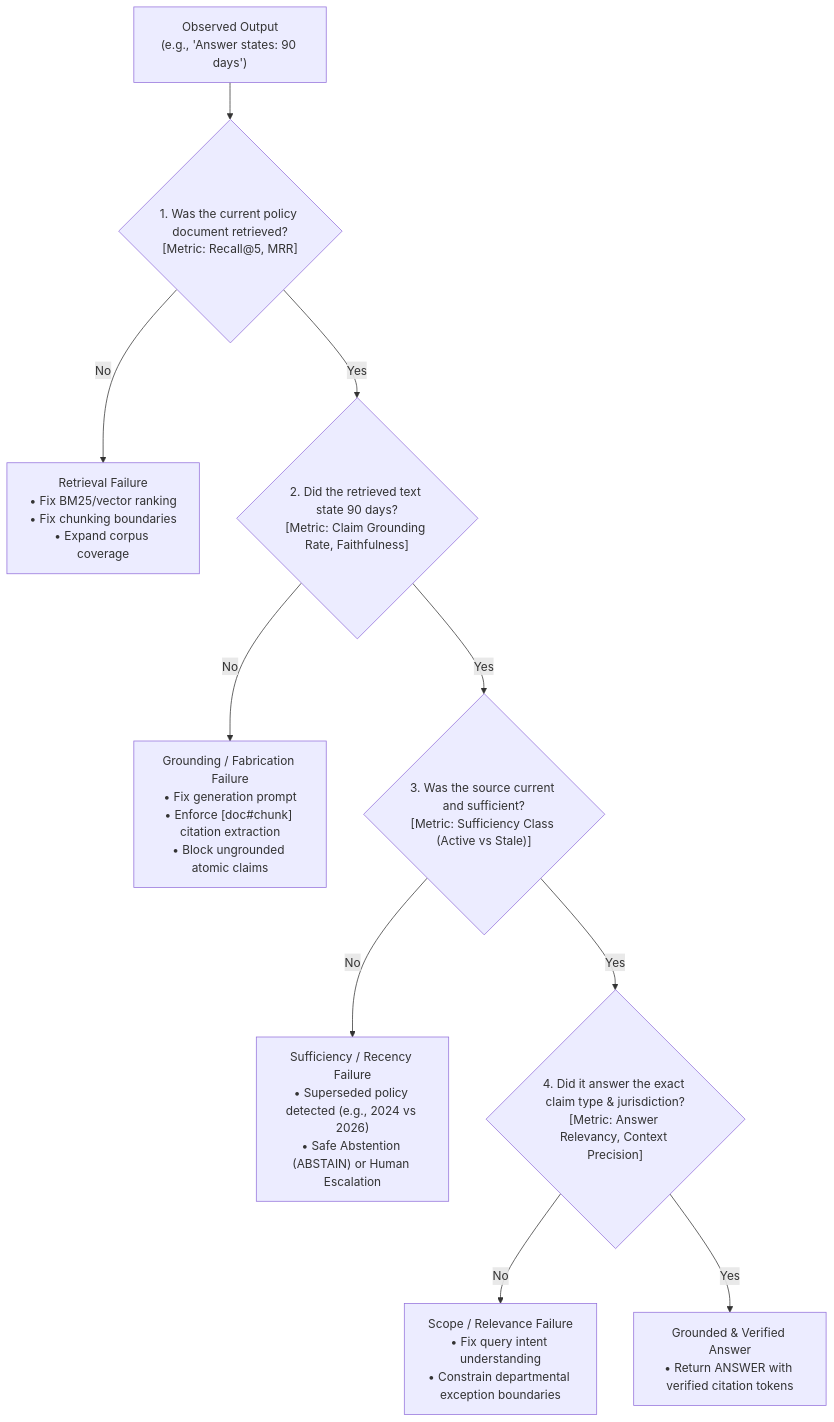
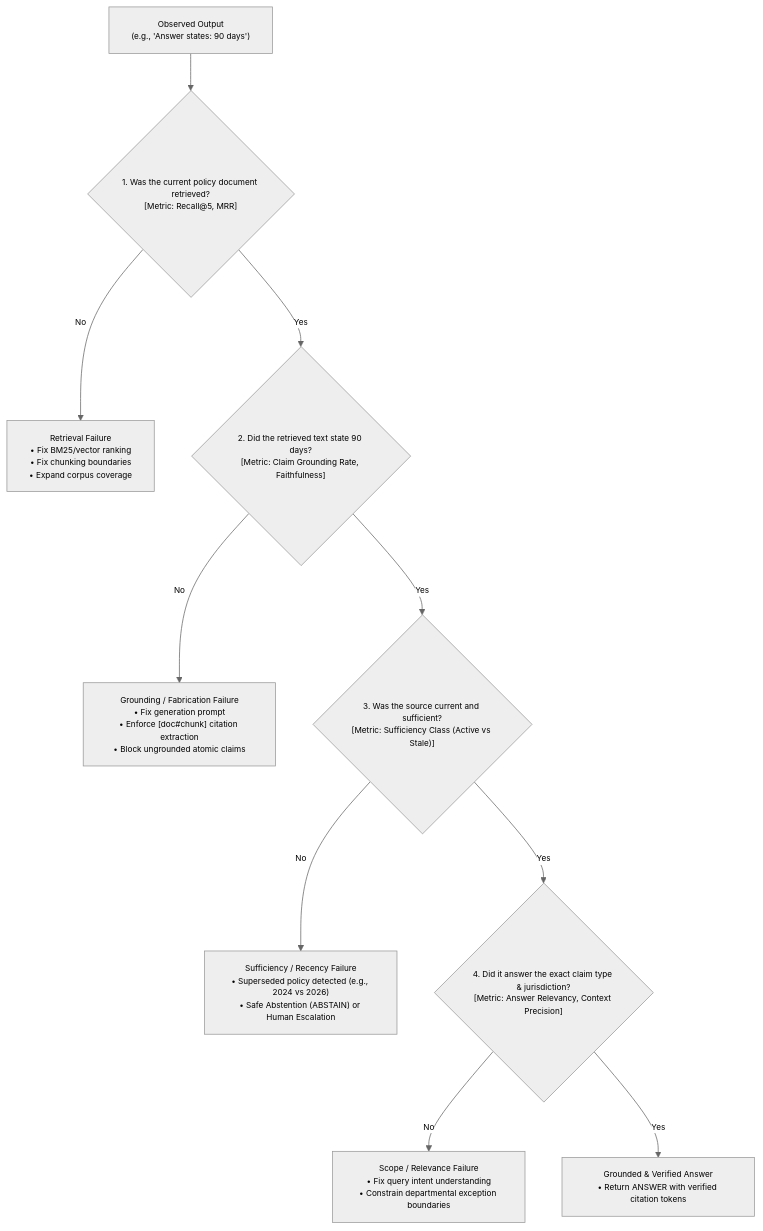
Before and after one commit to the-write-path-code/ch04-debugging-hallucinations-math: the diagram in workflow/00_hallucination_root_cause_triage.mmd, drawn with Mermaid.

Commit message:
Add initialization for flowchart theme and styles

```diff
--- a/workflow/00_hallucination_root_cause_triage.mmd
+++ b/workflow/00_hallucination_root_cause_triage.mmd
@@ -1,14 +1,16 @@
+%%{init: {"theme": "neutral", "themeVariables": {"fontFamily": "Arial, Helvetica, sans-serif", "fontSize": "11px", "actorFontSize": "11px", "noteFontSize": "10px", "messageFontSize": "10px"}}}%%
+
 flowchart TD
     X["Observed Output\n(e.g., 'Answer states: 90 days')"] --> C1{"1. Was the current policy document retrieved?\n[Metric: Recall@5, MRR]"}
 
     C1 -->|No| R1["Retrieval Failure\n• Fix BM25/vector ranking\n• Fix chunking boundaries\n• Expand corpus coverage"]
     C1 -->|Yes| C2{"2. Did the retrieved text state 90 days?\n[Metric: Claim Grounding Rate, Faithfulness]"}
 
     C2 -->|No| R2["Grounding / Fabrication Failure\n• Fix generation prompt\n• Enforce [doc#chunk] citation extraction\n• Block ungrounded atomic claims"]
     C2 -->|Yes| C3{"3. Was the source current and sufficient?\n[Metric: Sufficiency Class (Active vs Stale)]"}
 
     C3 -->|No| R3["Sufficiency / Recency Failure\n• Superseded policy detected (e.g., 2024 vs 2026)\n• Safe Abstention (ABSTAIN) or Human Escalation"]
     C3 -->|Yes| C4{"4. Did it answer the exact claim type & jurisdiction?\n[Metric: Answer Relevancy, Context Precision]"}
 
     C4 -->|No| R4["Scope / Relevance Failure\n• Fix query intent understanding\n• Constrain departmental exception boundaries"]
     C4 -->|Yes| R5["Grounded & Verified Answer\n• Return ANSWER with verified citation tokens"]
```
